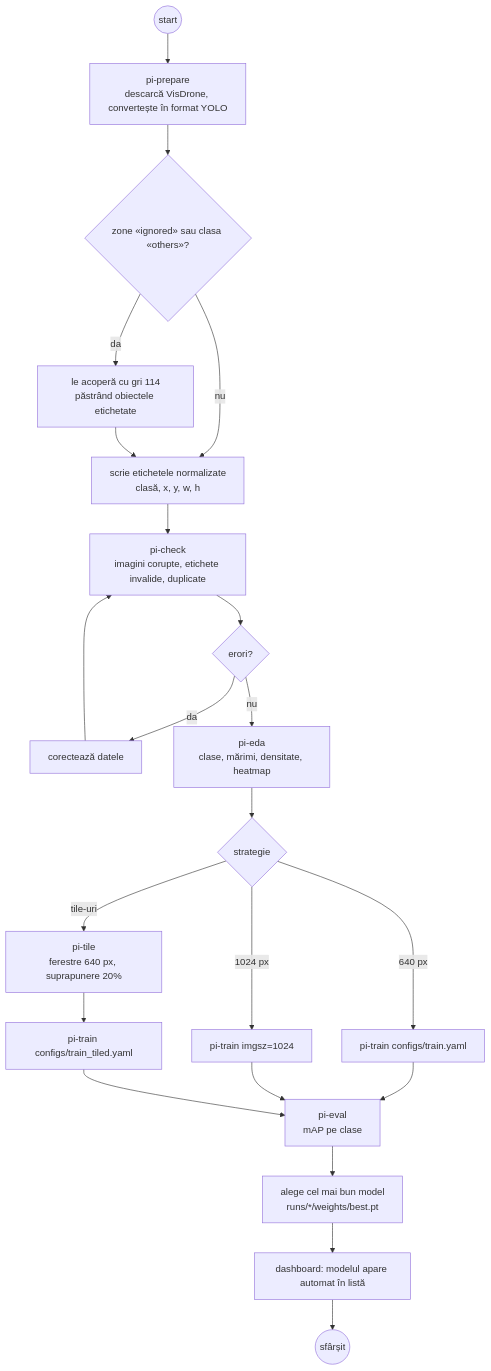
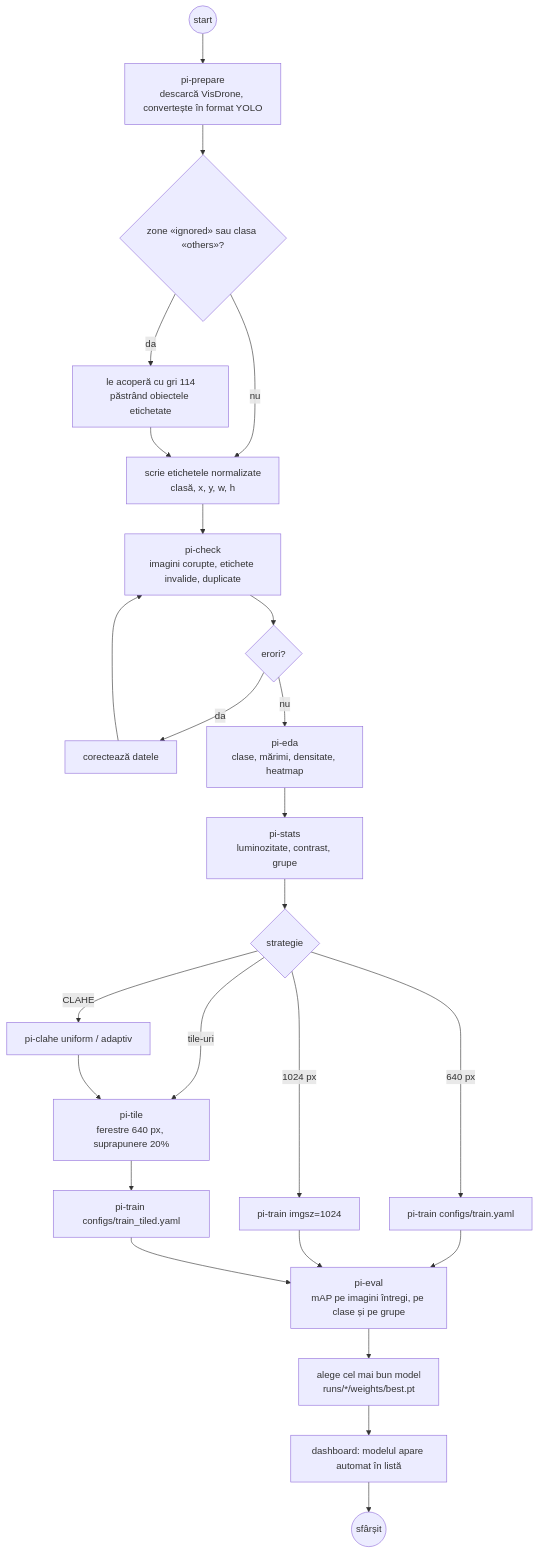
The sixth of 7 diagrams in docs/uml.md (zaha27/pi-p), drawn with Mermaid before and after one commit. The commit also changed other lines of this file and 15 other files, not shown here.

Commit message:
docs: step-by-step pipeline explanations, results and updated architecture

````diff
--- a/docs/uml.md
+++ b/docs/uml.md
@@ -361,20 +382,22 @@
 ```mermaid
 flowchart TD
     start((start)) --> prep["pi-prepare<br/>descarcă VisDrone, convertește în format YOLO"]
     prep --> mask{"zone «ignored» sau clasa «others»?"}
     mask -- da --> fill["le acoperă cu gri 114<br/>păstrând obiectele etichetate"]
     mask -- nu --> labels
     fill --> labels["scrie etichetele normalizate<br/>clasă, x, y, w, h"]
     labels --> check["pi-check<br/>imagini corupte, etichete invalide, duplicate"]
     check --> ok{"erori?"}
     ok -- da --> fix["corectează datele"] --> check
     ok -- nu --> eda["pi-eda<br/>clase, mărimi, densitate, heatmap"]
-    eda --> choice{"strategie"}
+    eda --> stats["pi-stats<br/>luminozitate, contrast, grupe"]
+    stats --> choice{"strategie"}
     choice -- "640 px" --> t640["pi-train configs/train.yaml"]
     choice -- "1024 px" --> t1024["pi-train imgsz=1024"]
     choice -- "tile-uri" --> tile["pi-tile<br/>ferestre 640 px, suprapunere 20%"] --> ttile["pi-train configs/train_tiled.yaml"]
-    t640 & t1024 & ttile --> eval["pi-eval<br/>mAP pe clase"]
+    choice -- "CLAHE" --> clahe["pi-clahe uniform / adaptiv"] --> tile
+    t640 & t1024 & ttile --> eval["pi-eval<br/>mAP pe imagini întregi, pe clase și pe grupe"]
     eval --> best["alege cel mai bun model<br/>runs/*/weights/best.pt"]
     best --> app["dashboard: modelul apare automat în listă"]
     app --> stop((sfârșit))
 ```
````
